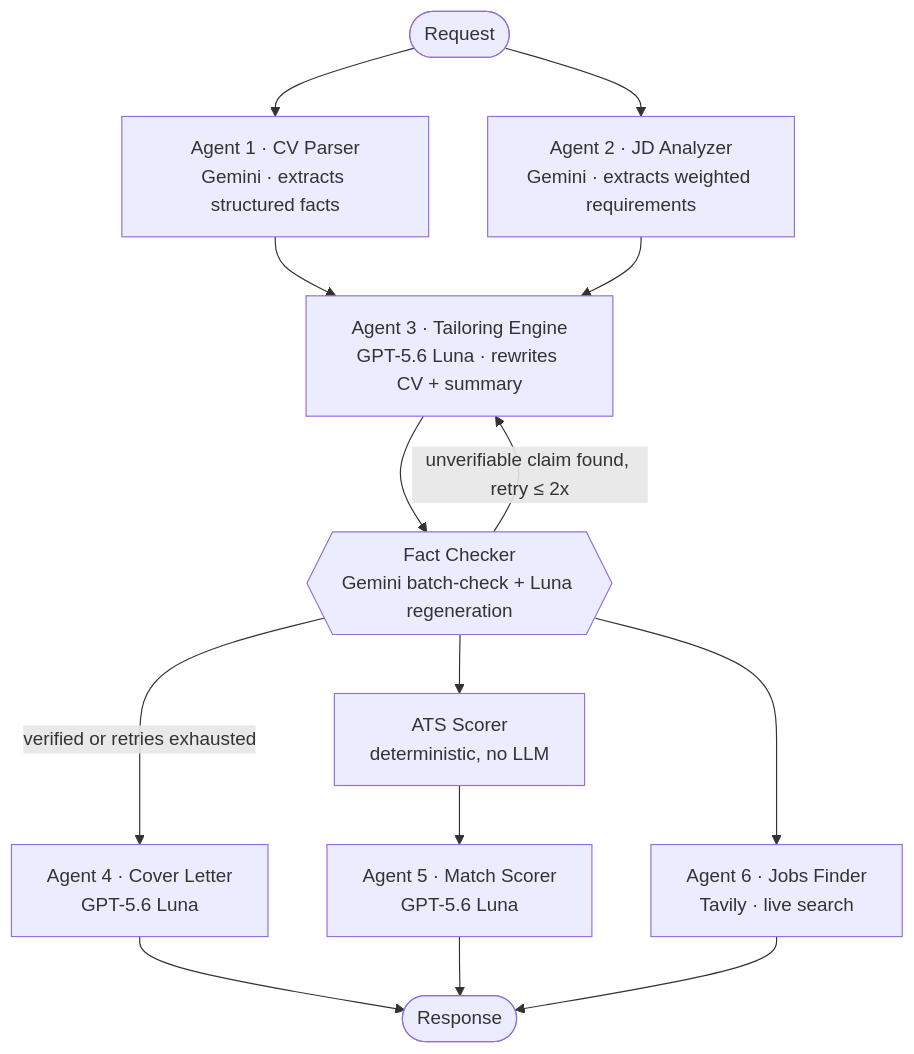
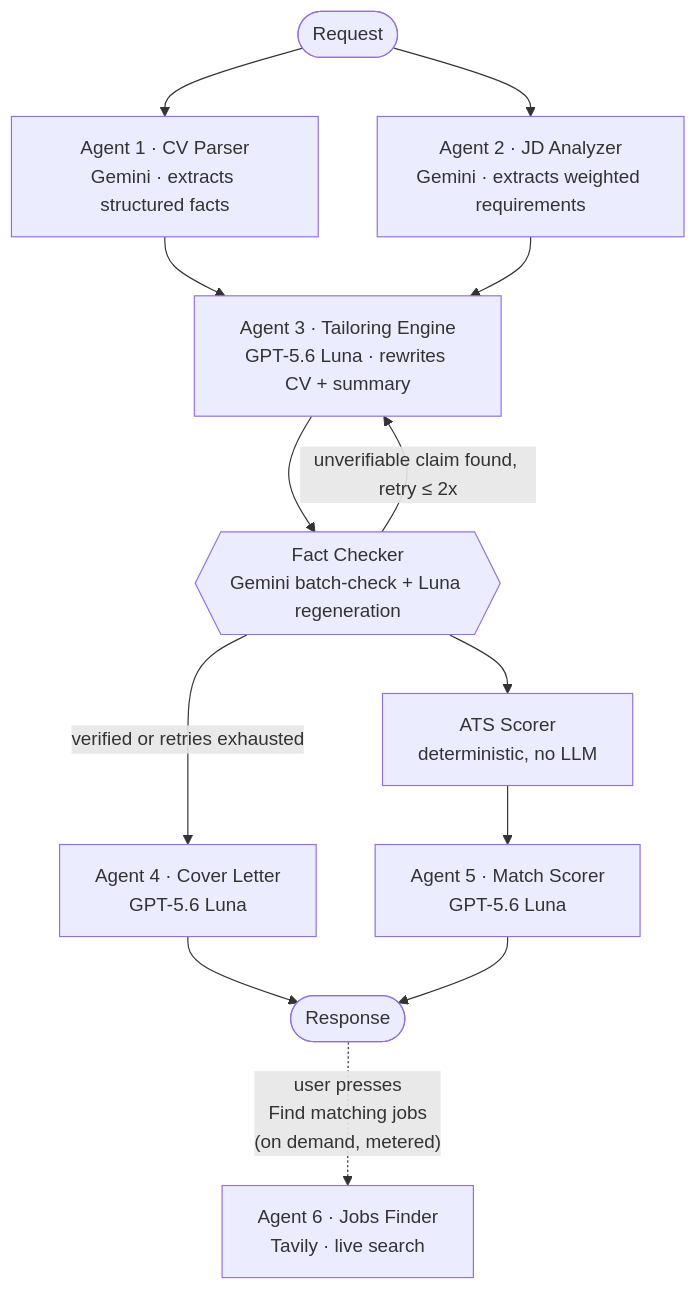
Before and after one commit to Ryzx-56/Job_Application_Agent: the diagram in README.md, drawn with Mermaid. The commit also changed other lines of this file and 22 other files, not shown here.

````diff
--- a/README.md
+++ b/README.md
@@ -78,16 +82,15 @@
 ```mermaid
 flowchart TD
     START([Request]) --> A1["Agent 1 · CV Parser<br/>Gemini · extracts structured facts"]
     START --> A2["Agent 2 · JD Analyzer<br/>Gemini · extracts weighted requirements"]
     A1 --> A3
     A2 --> A3["Agent 3 · Tailoring Engine<br/>GPT-5.6 Luna · rewrites CV + summary"]
     A3 --> FC{{"Fact Checker<br/>Gemini batch-check + Luna regeneration"}}
     FC -- "unverifiable claim found, retry ≤ 2x" --> A3
     FC -- "verified or retries exhausted" --> A4["Agent 4 · Cover Letter<br/>GPT-5.6 Luna"]
     FC --> ATS["ATS Scorer<br/>deterministic, no LLM"]
-    FC --> A6["Agent 6 · Jobs Finder<br/>Tavily · live search"]
     ATS --> A5["Agent 5 · Match Scorer<br/>GPT-5.6 Luna"]
     A4 --> DONE([Response])
     A5 --> DONE
-    A6 --> DONE
+    DONE -. "user presses<br/>Find matching jobs<br/>(on demand, metered)" .-> A6["Agent 6 · Jobs Finder<br/>Tavily · live search"]
 ```
````
